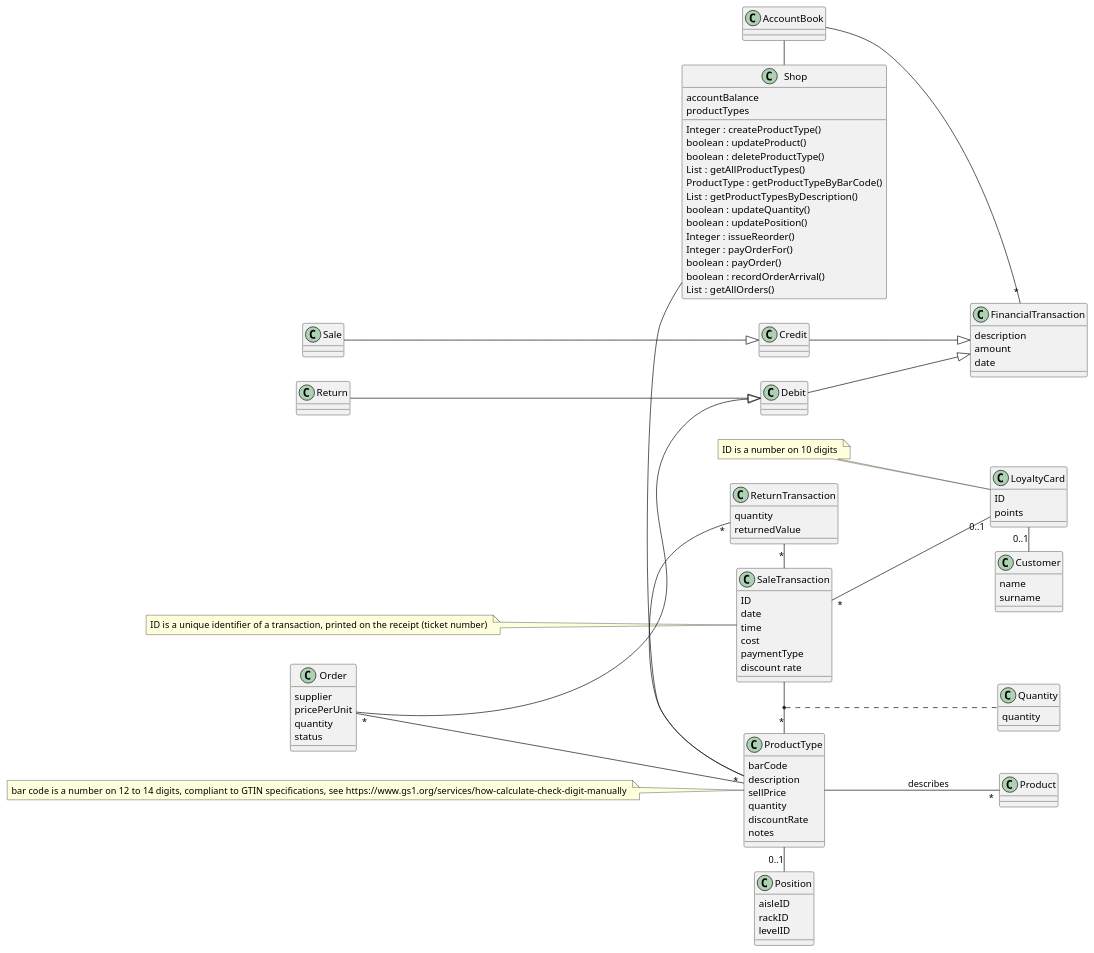
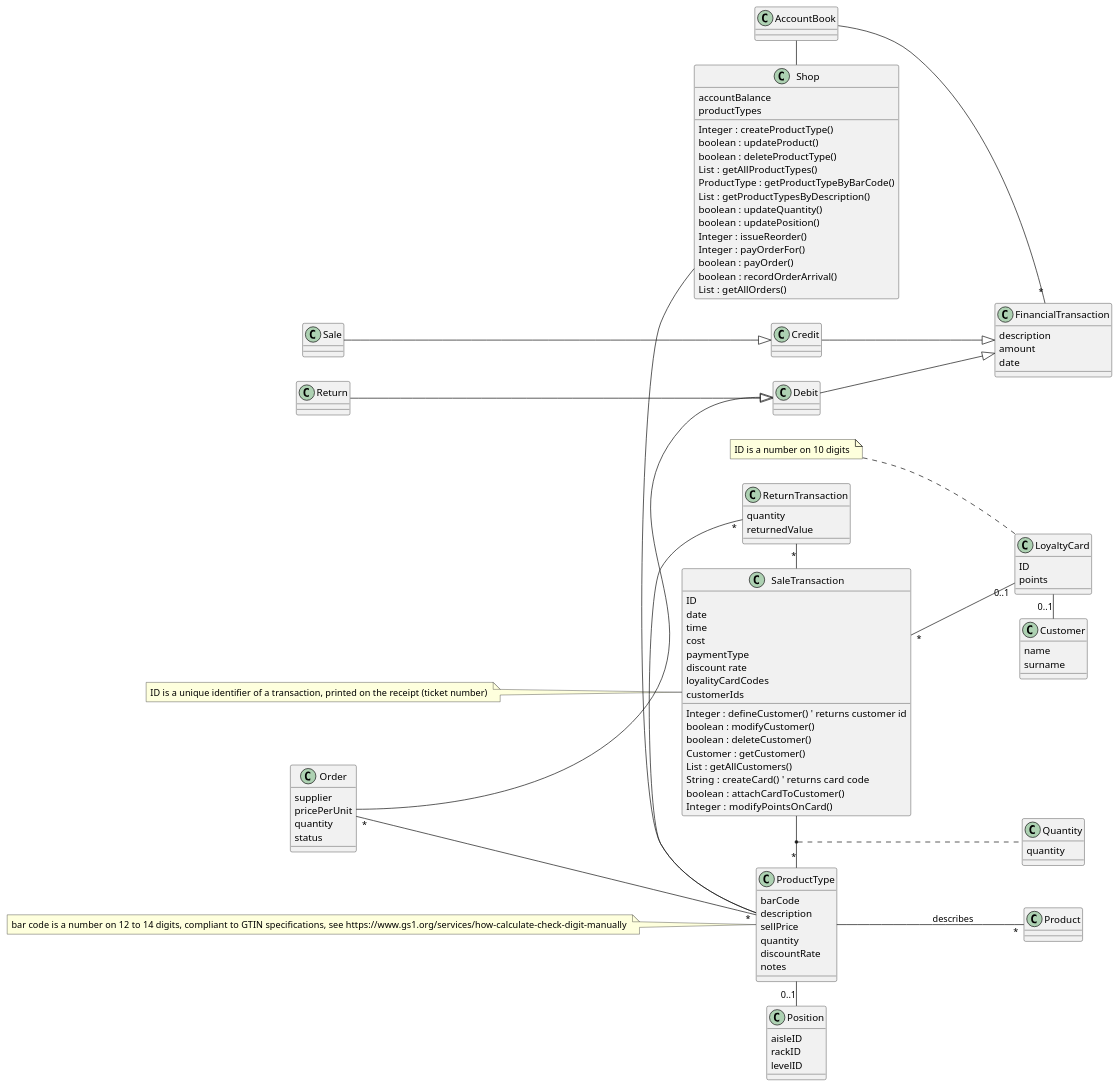
The second of 2 diagrams in Deliverables/DesignDocument.md (zitabou/EZShop), drawn with PlantUML before and after one commit. The commit also changed other lines of this file, not shown here.

Commit message:
Design for FR6

```diff
--- a/Deliverables/DesignDocument.md
+++ b/Deliverables/DesignDocument.md
@@ -112,6 +111,19 @@
     cost
     paymentType
     discount rate
+    loyalityCardCodes
+    customerIds
+    'FR5
+    Integer : defineCustomer() ' returns customer id
+    boolean : modifyCustomer()
+    boolean : deleteCustomer()
+    Customer : getCustomer()
+    List : getAllCustomers()
+    String : createCard()  ' returns card code
+    boolean : attachCardToCustomer()
+    Integer  : modifyPointsOnCard()
+    
+
 }
 SaleTransaction - "*" ProductType
 
```
